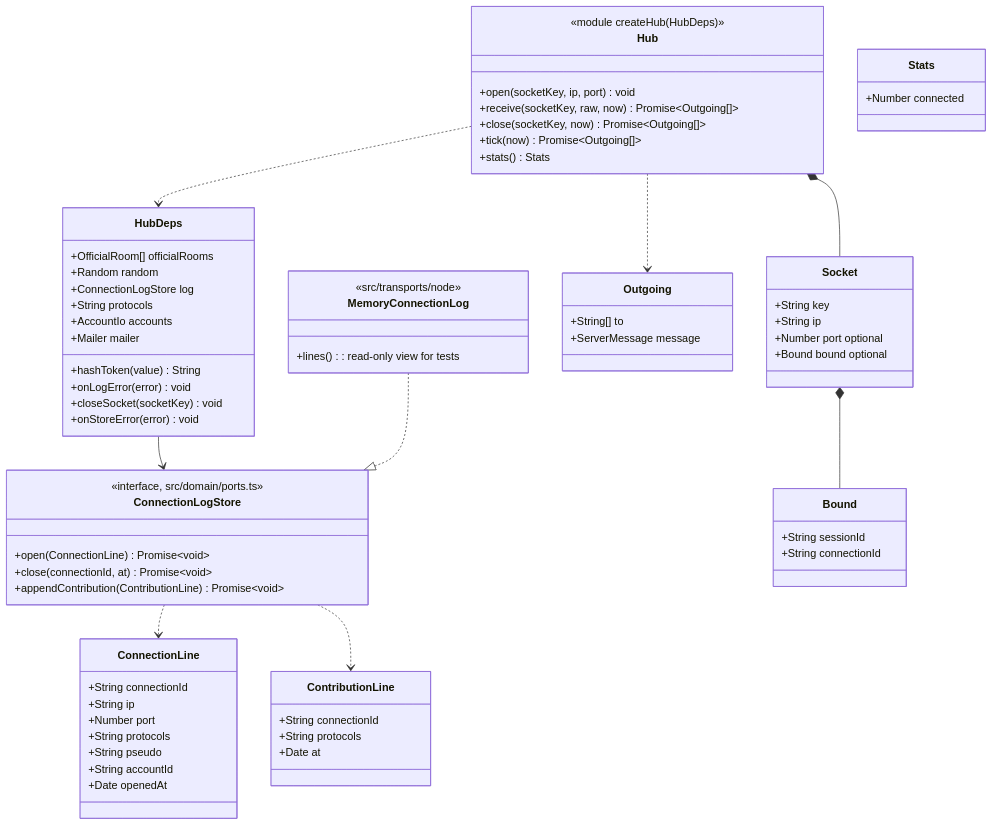
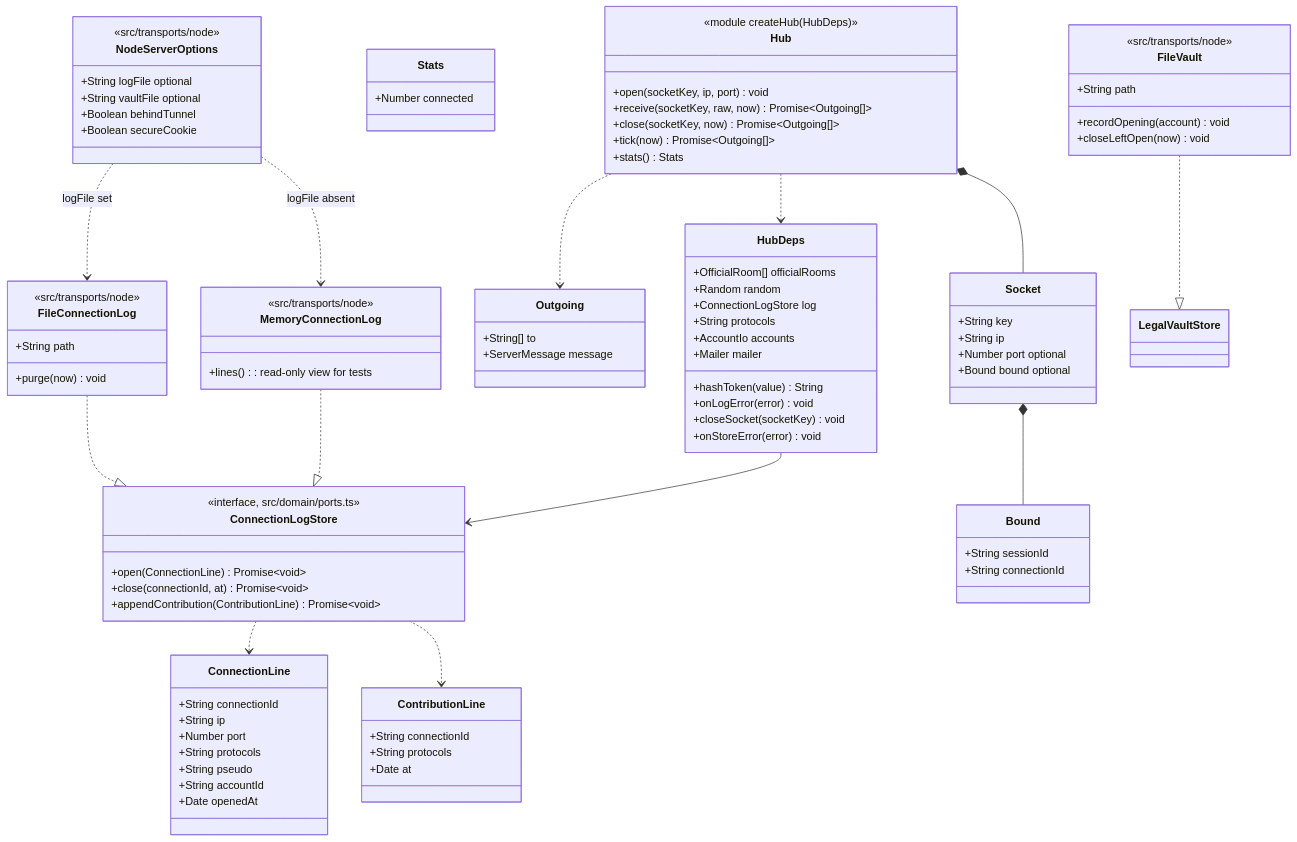
Before and after one commit to benoit-bremaud/asv: the first of 2 diagrams in docs/architecture/diagrams/platform/04c-class-server-hub.md, drawn with Mermaid. The commit also changed other lines of this file and 12 other files, not shown here.

First line of the commit message:
docs(architecture): conception study for the real-tester exposure (#54) (#55)

````diff
--- a/docs/architecture/diagrams/platform/04c-class-server-hub.md
+++ b/docs/architecture/diagrams/platform/04c-class-server-hub.md
@@ -86,4 +86,26 @@
   ConnectionLogStore ..> ConnectionLine
   ConnectionLogStore ..> ContributionLine
   MemoryConnectionLog ..|> ConnectionLogStore
+  FileConnectionLog ..|> ConnectionLogStore
+  class FileConnectionLog {
+    <<src/transports/node>>
+    +String path
+    +purge(now) void
+  }
+  class FileVault {
+    <<src/transports/node>>
+    +String path
+    +recordOpening(account) void
+    +closeLeftOpen(now) void
+  }
+  FileVault ..|> LegalVaultStore
+  class NodeServerOptions {
+    <<src/transports/node>>
+    +String logFile optional
+    +String vaultFile optional
+    +Boolean behindTunnel
+    +Boolean secureCookie
+  }
+  NodeServerOptions ..> FileConnectionLog : logFile set
+  NodeServerOptions ..> MemoryConnectionLog : logFile absent
 ```
````
